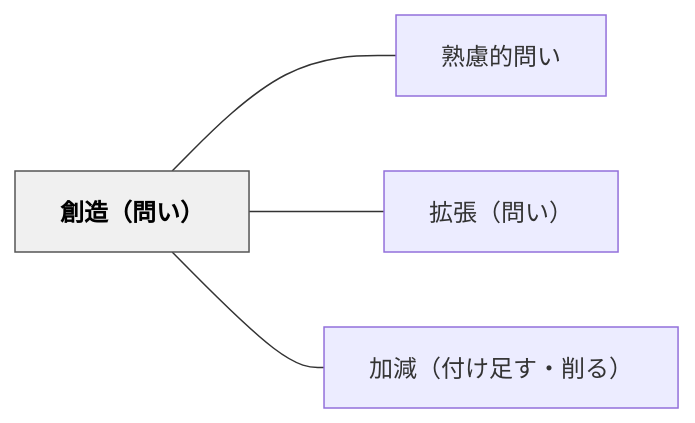
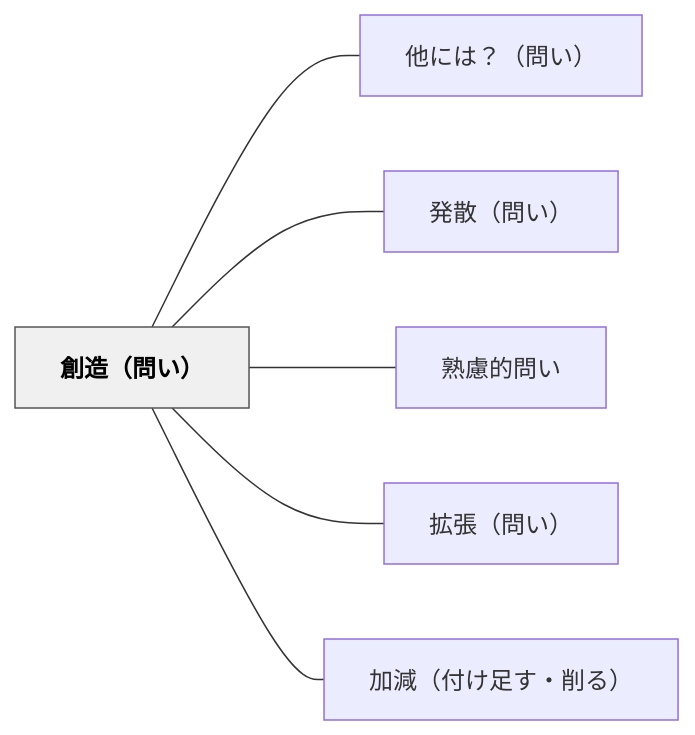
The diagram in content/パタン/創造（問い）.md (unknownthings-ed-patterns/unknownthings-ed-patterns), drawn with Mermaid before and after one commit. The commit also changed other lines of this file and 473 other files, not shown here.

````diff
--- a/content/パタン/創造（問い）.md
+++ b/content/パタン/創造（問い）.md
@@ -40,14 +42,18 @@
 ```mermaid
 flowchart LR
     ne589b5e980a0["創造（問い）"]
+    ne4bb96e381ab["他には？（問い）"]
+    ne799bae695a3["発散（問い）"]
     ne7869fe685ae["熟慮的問い"]
     ne68ba1e5bcb5["拡張（問い）"]
     ne58aa0e6b89b["加減（付け足す・削る）"]
 
+    ne589b5e980a0 --- ne4bb96e381ab
+    ne589b5e980a0 --- ne799bae695a3
     ne589b5e980a0 --- ne7869fe685ae
     ne589b5e980a0 --- ne68ba1e5bcb5
     ne589b5e980a0 --- ne58aa0e6b89b
 
     classDef hub fill:#f0f0f0,stroke:#555,color:#000,font-weight:bold
     class ne589b5e980a0 hub
 ```
````
